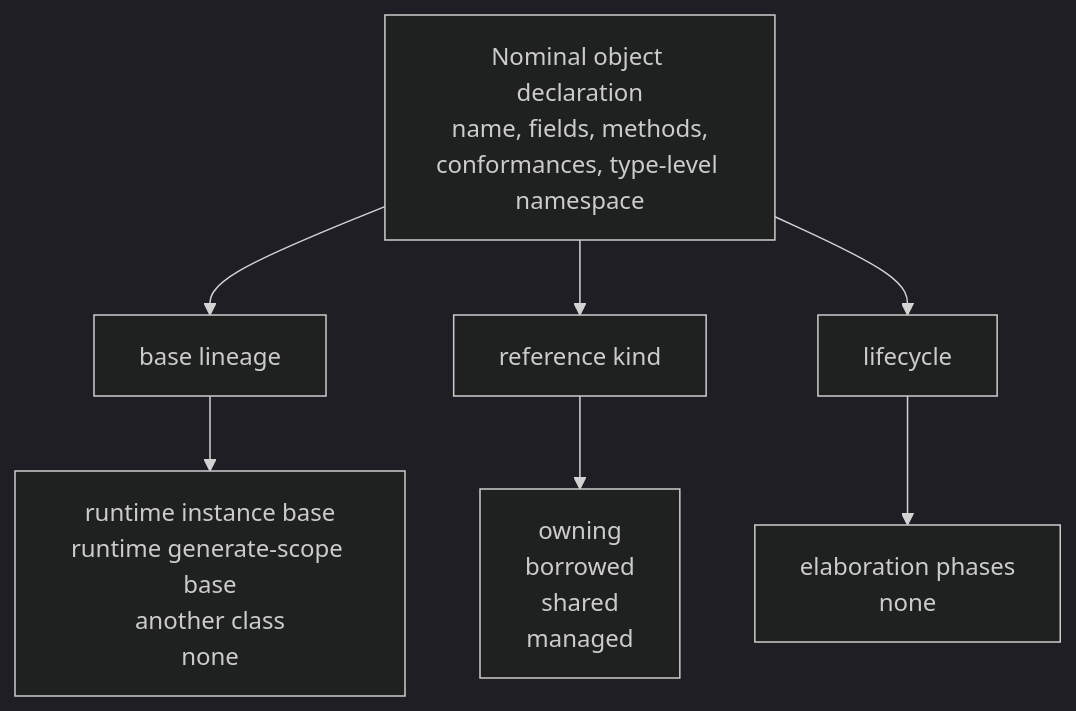
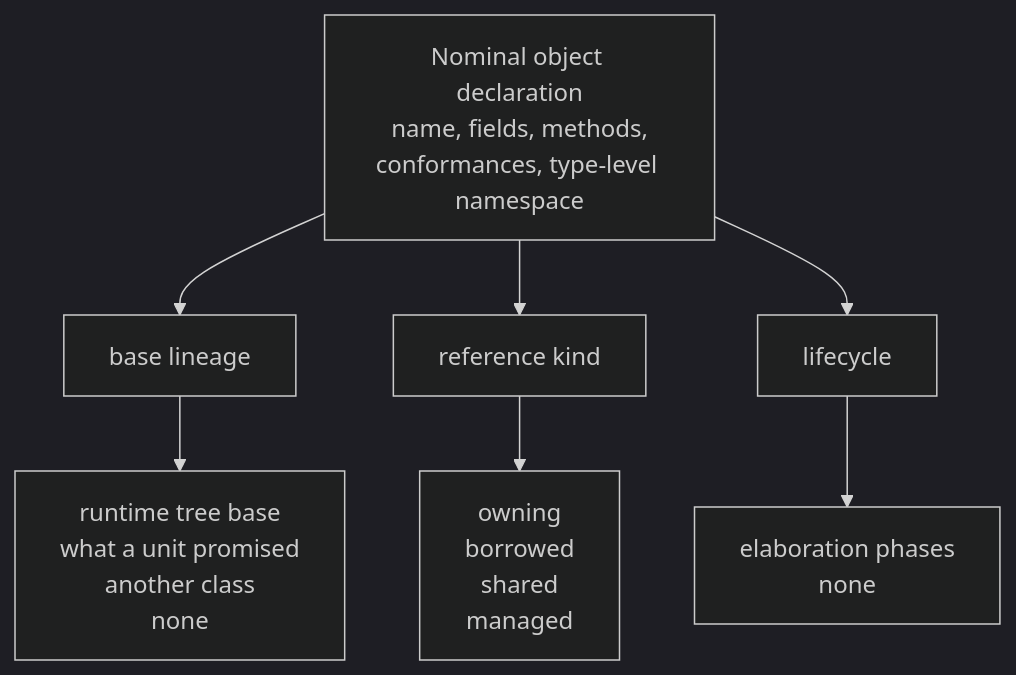
The diagram in docs/architecture/object_model.md (hankhsu1996/lyra), drawn with Mermaid (dark theme) before and after one commit. The commit also changed other lines of this file and 97 other files, not shown here.

````diff
--- a/docs/architecture/object_model.md
+++ b/docs/architecture/object_model.md
@@ -21,10 +21,10 @@
 ```mermaid
 flowchart TD
   D[Nominal object declaration<br/>name, fields, methods,<br/>conformances, type-level namespace]
   D --> A1[base lineage]
   D --> A2[reference kind]
   D --> A3[lifecycle]
-  A1 --> V1[runtime instance base<br/>runtime generate-scope base<br/>another class<br/>none]
+  A1 --> V1[runtime tree base<br/>what a unit promised<br/>another class<br/>none]
   A2 --> V2[owning<br/>borrowed<br/>shared<br/>managed]
   A3 --> V3[elaboration phases<br/>none]
 ```
````
